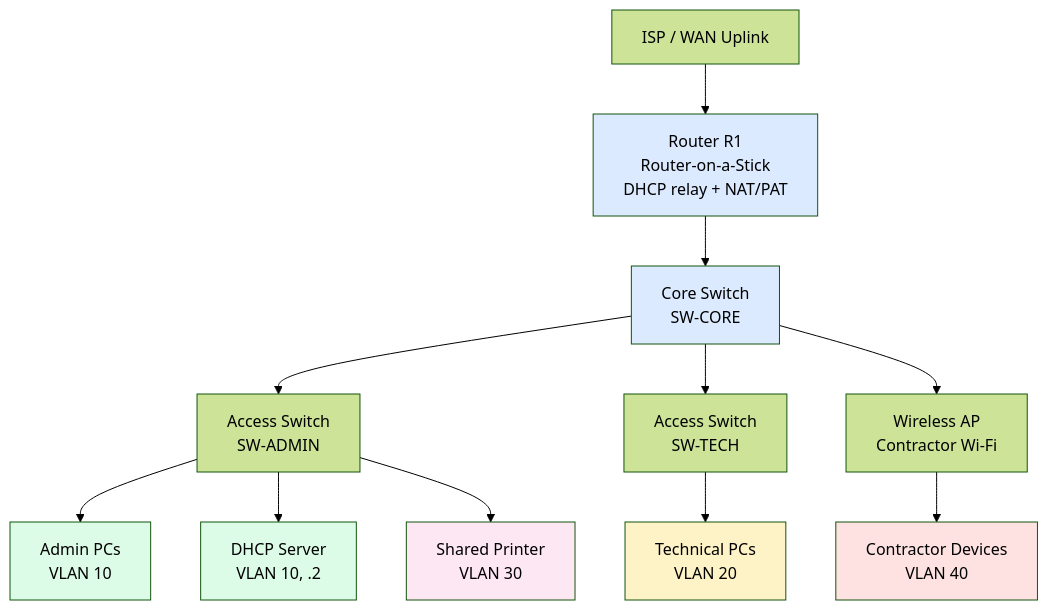
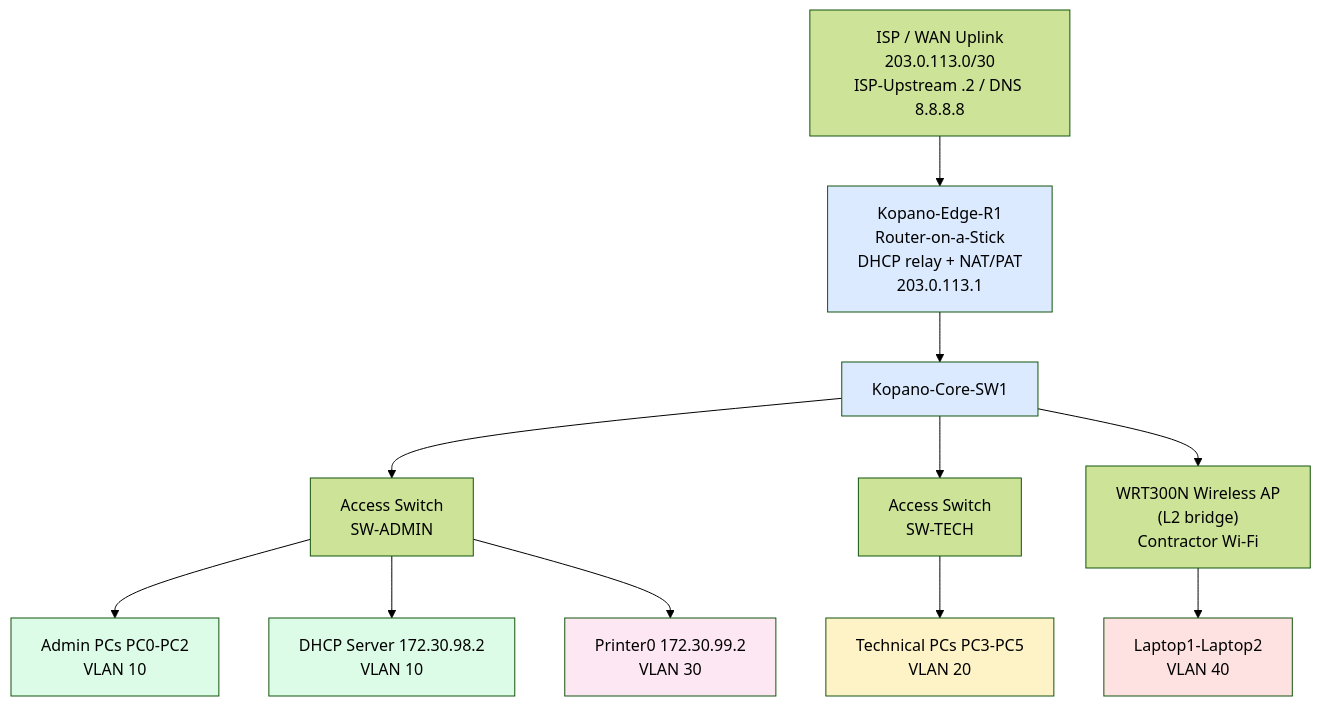
Before and after one commit to Naxisbeast/CMPG325-Kopano-Network: the diagram in topology/physical-topology.md, drawn with Mermaid (forest theme). The commit also changed other lines of this file and 7 other files, not shown here.

````diff
--- a/topology/physical-topology.md
+++ b/topology/physical-topology.md
@@ -94,22 +95,22 @@
 ```mermaid
 graph TD
-    WAN["ISP / WAN Uplink"] --> R1["Router R1<br/>Router-on-a-Stick<br/>DHCP relay + NAT/PAT"]
-    R1 --> CORE["Core Switch<br/>SW-CORE"]
+    WAN["ISP / WAN Uplink<br/>203.0.113.0/30<br/>ISP-Upstream .2 / DNS 8.8.8.8"] --> R1["Kopano-Edge-R1<br/>Router-on-a-Stick<br/>DHCP relay + NAT/PAT<br/>203.0.113.1"]
+    R1 --> CORE["Kopano-Core-SW1"]
     CORE --> SWADMIN["Access Switch<br/>SW-ADMIN"]
     CORE --> SWTECH["Access Switch<br/>SW-TECH"]
-    CORE --> AP["Wireless AP<br/>Contractor Wi-Fi"]
+    CORE --> AP["WRT300N Wireless AP<br/>(L2 bridge)<br/>Contractor Wi-Fi"]
 
-    SWADMIN --> AdminPCs["Admin PCs<br/>VLAN 10"]
-    SWADMIN --> DHCPServer["DHCP Server<br/>VLAN 10, .2"]
-    SWADMIN --> Printer["Shared Printer<br/>VLAN 30"]
-    SWTECH --> TechPCs["Technical PCs<br/>VLAN 20"]
-    AP --> Contractors["Contractor Devices<br/>VLAN 40"]
+    SWADMIN --> AdminPCs["Admin PCs PC0-PC2<br/>VLAN 10"]
+    SWADMIN --> DHCPServer["DHCP Server 172.30.98.2<br/>VLAN 10"]
+    SWADMIN --> Printer["Printer0 172.30.99.2<br/>VLAN 30"]
+    SWTECH --> TechPCs["Technical PCs PC3-PC5<br/>VLAN 20"]
+    AP --> Contractors["Laptop1-Laptop2<br/>VLAN 40"]
 
     style R1 fill:#dbeafe
     style CORE fill:#dbeafe
     style AdminPCs fill:#dcfce7
     style DHCPServer fill:#dcfce7
     style TechPCs fill:#fef3c7
     style Printer fill:#fce7f3
     style Contractors fill:#fee2e2
 ```
````
